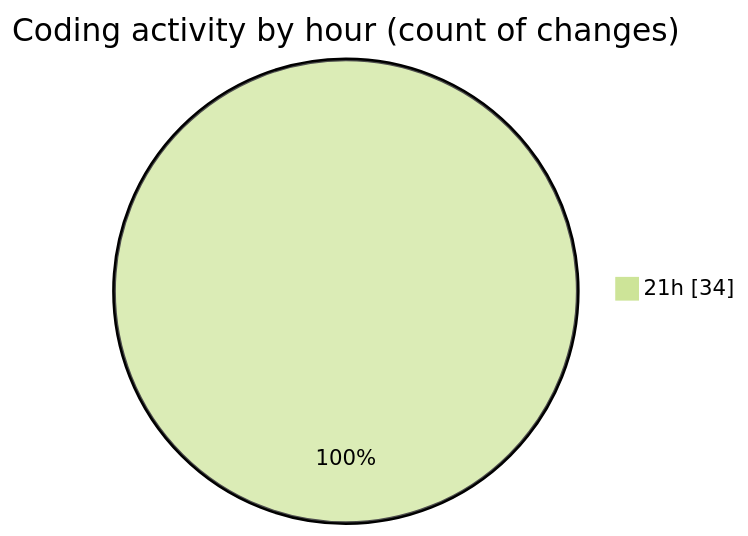
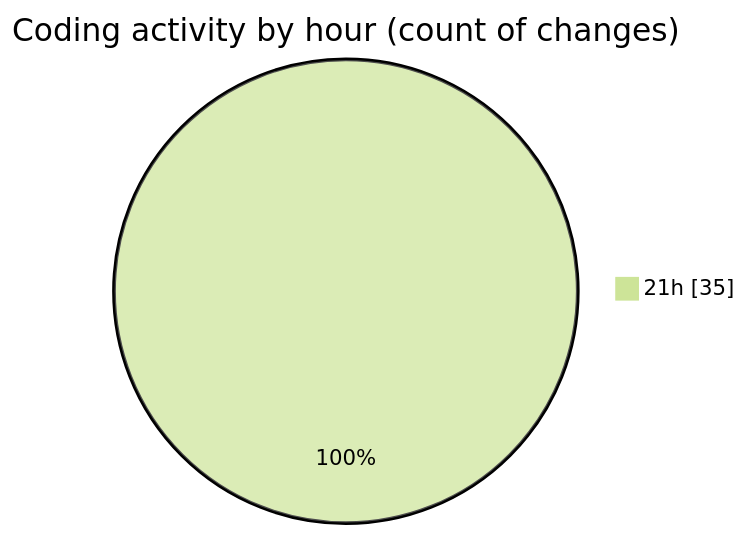
One commit to Ritupan-Deka/code-tracking changed the second of 2 diagrams in 2025-01-19/typing_game/README.md. Above: the diagram before and after it, drawn with Mermaid (forest theme). The commit also changed other lines of this file and 1 other file, not shown here.

````diff
--- a/2025-01-19/typing_game/README.md
+++ b/2025-01-19/typing_game/README.md
@@ -32,5 +32,5 @@
 ```mermaid
 pie showData
 title Coding activity by hour (count of changes)
-"21h" : 34
+"21h" : 35
 ```
````
